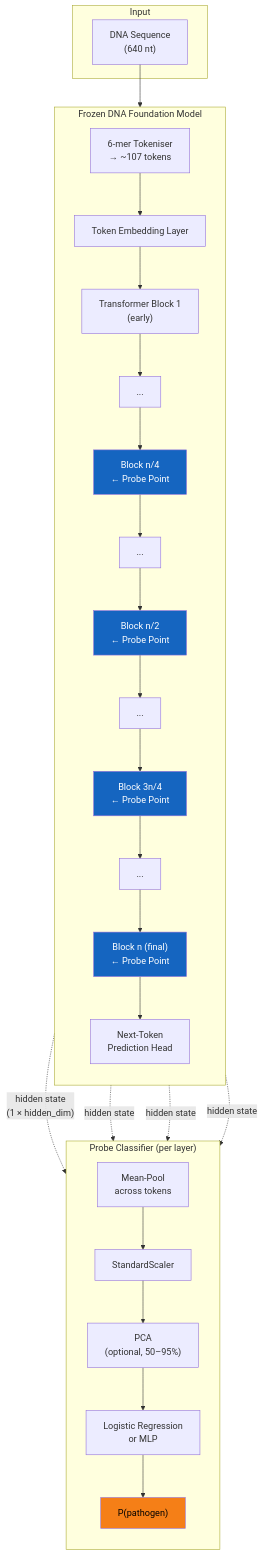
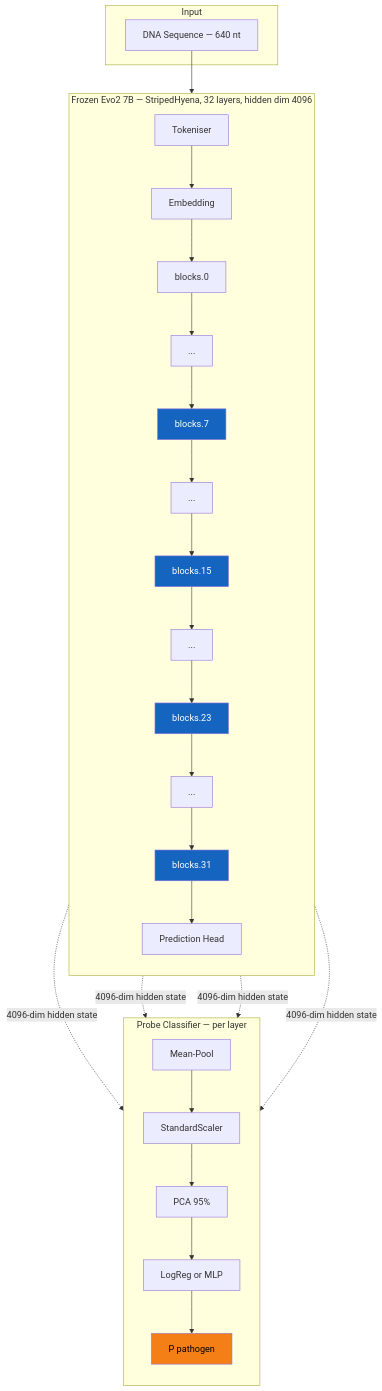
Before and after one commit to marapowney/Varsity26BioGaurdrails: the second of 3 diagrams in README.md, drawn with Mermaid. The commit also changed other lines of this file, not shown here.

Commit message:
just adding more detail to readme

````diff
--- a/README.md
+++ b/README.md
@@ -128,41 +128,41 @@
 ```mermaid
 flowchart TB
     subgraph Input
-        SEQ["DNA Sequence\n(640 nt)"]
+        SEQ["DNA Sequence — 640 nt"]
     end
 
-    subgraph Model["Frozen DNA Foundation Model"]
+    subgraph Model["Frozen Evo2 7B — StripedHyena, 32 layers, hidden dim 4096"]
         direction TB
-        TOK["6-mer Tokeniser\n→ ~107 tokens"] --> EMB["Token Embedding Layer"]
-        EMB --> L1["Transformer Block 1\n(early)"]
-        L1 --> L2["..."]
-        L2 --> LN4["Block n/4\n← Probe Point"]
-        LN4 --> L3["..."]
-        L3 --> LN2["Block n/2\n← Probe Point"]
-        LN2 --> L4["..."]
-        L4 --> L3N4["Block 3n/4\n← Probe Point"]
-        L3N4 --> L5["..."]
-        L5 --> LAST["Block n (final)\n← Probe Point"]
-        LAST --> OUT["Next-Token\nPrediction Head"]
+        TOK["Tokeniser"] --> EMB["Embedding"]
+        EMB --> B0["blocks.0"]
+        B0 --> D1["..."]
+        D1 --> B7["blocks.7"]
+        B7 --> D2["..."]
+        D2 --> B15["blocks.15"]
+        B15 --> D3["..."]
+        D3 --> B23["blocks.23"]
+        B23 --> D4["..."]
+        D4 --> B31["blocks.31"]
+        B31 --> HEAD["Prediction Head"]
     end
 
-    subgraph Probing["Probe Classifier (per layer)"]
+    subgraph Probing["Probe Classifier — per layer"]
         direction TB
-        POOL["Mean-Pool\nacross tokens"] --> SCALE["StandardScaler"]
-        SCALE --> PCA["PCA\n(optional, 50–95%)"]
-        PCA --> LR["Logistic Regression\nor MLP"]
-        LR --> PRED["P(pathogen)"]
+        POOL["Mean-Pool"] --> SCALE["StandardScaler"]
+        SCALE --> PCA["PCA 95%"]
+        PCA --> LR["LogReg or MLP"]
+        LR --> PRED["P pathogen"]
     end
 
     SEQ --> TOK
-    LN4 -. "hidden state\n(1 × hidden_dim)" .-> POOL
-    LN2 -. "hidden state" .-> POOL
-    L3N4 -. "hidden state" .-> POOL
-    LAST -. "hidden state" .-> POOL
+    B7 -. "4096-dim hidden state" .-> POOL
+    B15 -. "4096-dim hidden state" .-> POOL
+    B23 -. "4096-dim hidden state" .-> POOL
+    B31 -. "4096-dim hidden state" .-> POOL
 
-    style LN4 fill:#1565c0,color:#fff
-    style LN2 fill:#1565c0,color:#fff
-    style L3N4 fill:#1565c0,color:#fff
-    style LAST fill:#1565c0,color:#fff
+    style B7 fill:#1565c0,color:#fff
+    style B15 fill:#1565c0,color:#fff
+    style B23 fill:#1565c0,color:#fff
+    style B31 fill:#1565c0,color:#fff
     style PRED fill:#f57f17,color:#000
 ```
````
